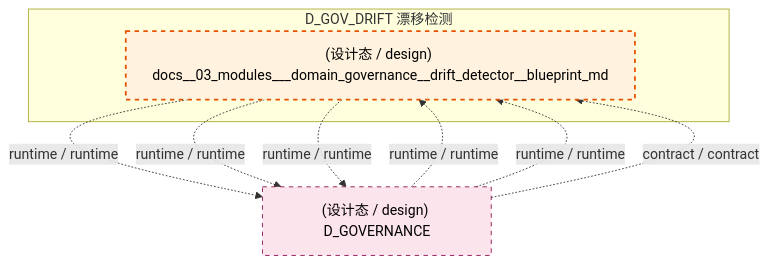
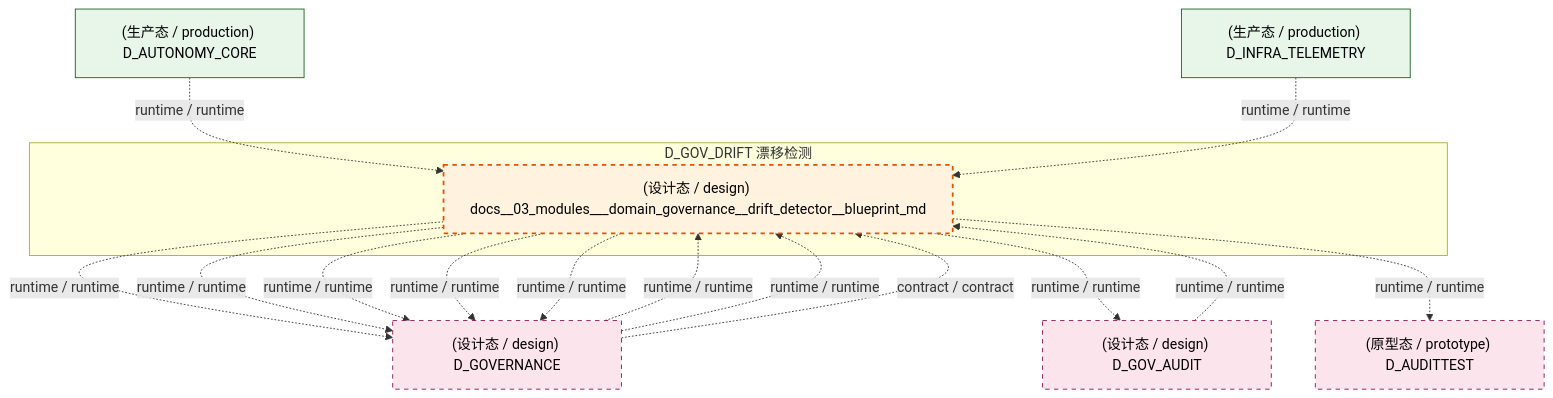
Before and after one commit to xuanFelixVan/ZephyrAlpha: the second of 3 diagrams in docs/02_enterprise_architecture/02_domain_architecture_docs/34_d_gov_drift.md, drawn with Mermaid. The commit also changed other lines of this file and 100 other files, not shown here.

````diff
--- a/docs/02_enterprise_architecture/02_domain_architecture_docs/34_d_gov_drift.md
+++ b/docs/02_enterprise_architecture/02_domain_architecture_docs/34_d_gov_drift.md
@@ -94,19 +106,31 @@
 ```mermaid
 graph TD
     subgraph D_GOV_DRIFT["D_GOV_DRIFT 漂移检测"]
         docs_03_modules_domain_governance_drift_detector_blueprint_md["(设计态 / design) docs__03_modules___domain_governance__drift_detector__blueprint_md"]
     end
     D_GOVERNANCE["(设计态 / design) D_GOVERNANCE"]
     docs_03_modules_domain_governance_drift_detector_blueprint_md -.->|runtime / runtime| D_GOVERNANCE
     docs_03_modules_domain_governance_drift_detector_blueprint_md -.->|runtime / runtime| D_GOVERNANCE
+    D_GOV_AUDIT["(设计态 / design) D_GOV_AUDIT"]
+    docs_03_modules_domain_governance_drift_detector_blueprint_md -.->|runtime / runtime| D_GOV_AUDIT
+    D_AUDITTEST["(原型态 / prototype) D_AUDITTEST"]
+    docs_03_modules_domain_governance_drift_detector_blueprint_md -.->|runtime / runtime| D_AUDITTEST
     docs_03_modules_domain_governance_drift_detector_blueprint_md -.->|runtime / runtime| D_GOVERNANCE
+    docs_03_modules_domain_governance_drift_detector_blueprint_md -.->|runtime / runtime| D_GOVERNANCE
+    docs_03_modules_domain_governance_drift_detector_blueprint_md -.->|runtime / runtime| D_GOVERNANCE
+    D_GOV_AUDIT -.->|runtime / runtime| docs_03_modules_domain_governance_drift_detector_blueprint_md
     D_GOVERNANCE -.->|runtime / runtime| docs_03_modules_domain_governance_drift_detector_blueprint_md
     D_GOVERNANCE -.->|runtime / runtime| docs_03_modules_domain_governance_drift_detector_blueprint_md
     D_GOVERNANCE -.->|contract / contract| docs_03_modules_domain_governance_drift_detector_blueprint_md
+    D_AUTONOMY_CORE["(生产态 / production) D_AUTONOMY_CORE"]
+    D_AUTONOMY_CORE -.->|runtime / runtime| docs_03_modules_domain_governance_drift_detector_blueprint_md
+    D_INFRA_TELEMETRY["(生产态 / production) D_INFRA_TELEMETRY"]
+    D_INFRA_TELEMETRY -.->|runtime / runtime| docs_03_modules_domain_governance_drift_detector_blueprint_md
     classDef production fill:#e1f5fe,stroke:#01579b,stroke-width:2px,color:#000
     classDef design fill:#fff3e0,stroke:#e65100,stroke-width:2px,color:#000,stroke-dasharray: 5 5
     classDef external_prod fill:#e8f5e9,stroke:#1b5e20,stroke-width:1px,color:#000
     classDef external_design fill:#fce4ec,stroke:#880e4f,stroke-width:1px,color:#000,stroke-dasharray: 5 5
     class docs_03_modules_domain_governance_drift_detector_blueprint_md design
-    class D_GOVERNANCE external_design
+    class D_AUTONOMY_CORE,D_INFRA_TELEMETRY external_prod
+    class D_GOVERNANCE,D_GOV_AUDIT,D_AUDITTEST external_design
 ```
````
